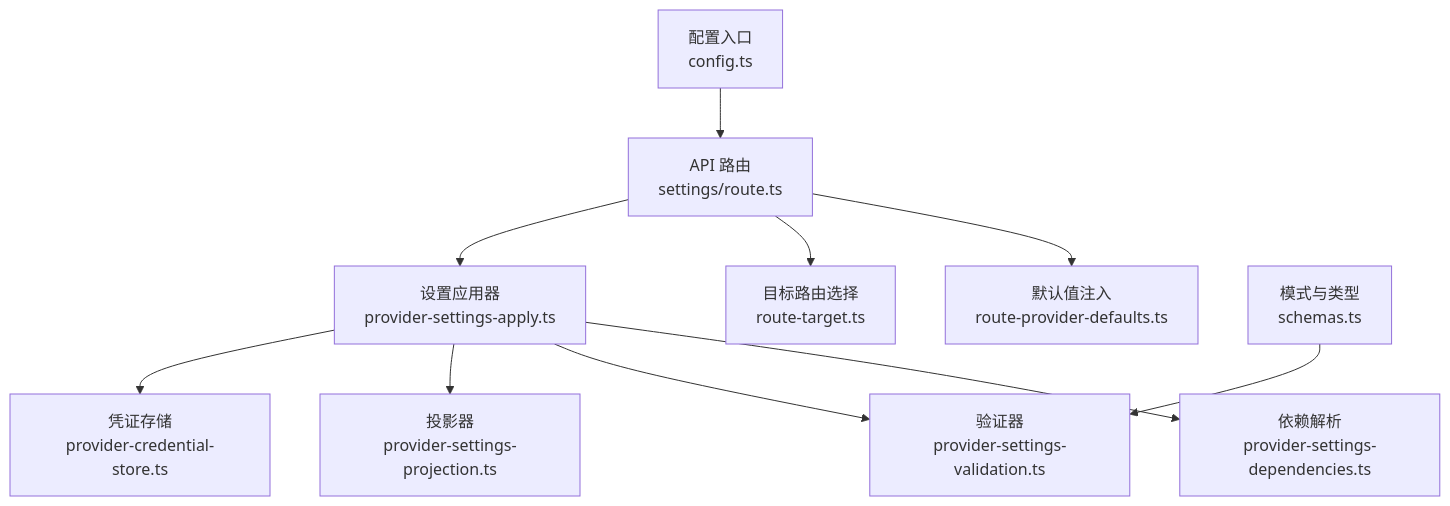
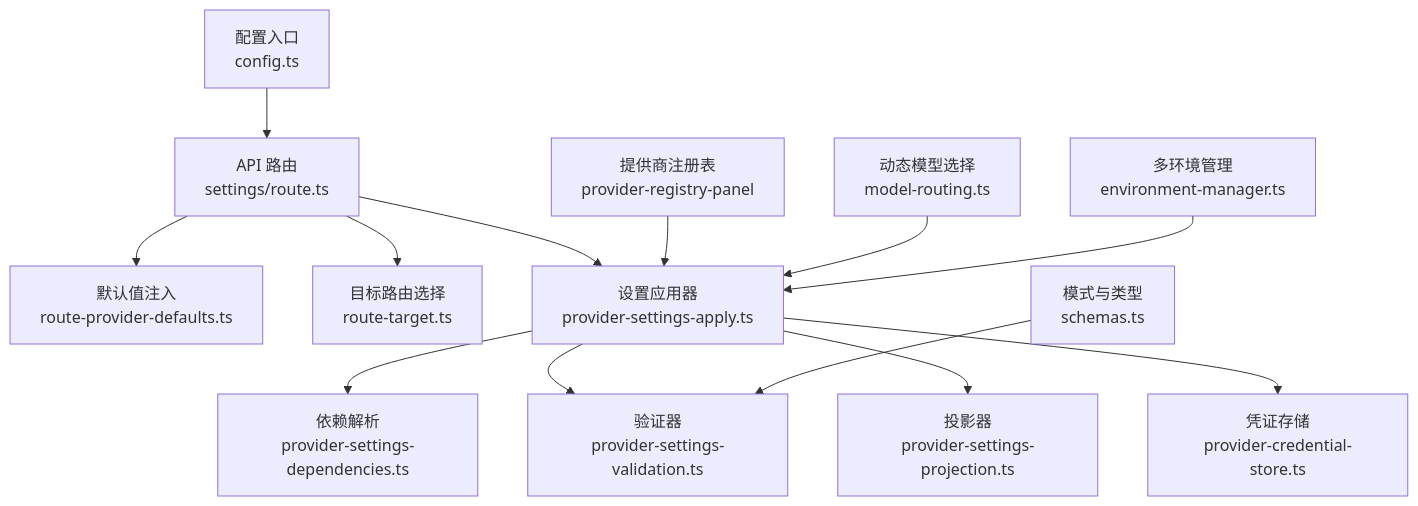
The first of 3 diagrams in .qoder/repowiki/zh/content/AI系统集成/提供商设置管理.md (scottcwy/PurpleInk), drawn with Mermaid before and after one commit. The commit also changed other lines of this file and 109 other files, not shown here.

````diff
--- a/.qoder/repowiki/zh/content/AI系统集成/提供商设置管理.md
+++ b/.qoder/repowiki/zh/content/AI系统集成/提供商设置管理.md
@@ -43,12 +54,15 @@
 ```mermaid
 graph TB
 A["API 路由<br/>settings/route.ts"] --> B["默认值注入<br/>route-provider-defaults.ts"]
 A --> C["目标路由选择<br/>route-target.ts"]
 A --> D["设置应用器<br/>provider-settings-apply.ts"]
 D --> E["依赖解析<br/>provider-settings-dependencies.ts"]
 D --> F["验证器<br/>provider-settings-validation.ts"]
 D --> G["投影器<br/>provider-settings-projection.ts"]
 D --> H["凭证存储<br/>provider-credential-store.ts"]
 I["模式与类型<br/>schemas.ts"] --> F
 J["配置入口<br/>config.ts"] --> A
+K["提供商注册表<br/>provider-registry-panel"] --> D
+L["动态模型选择<br/>model-routing.ts"] --> D
+M["多环境管理<br/>environment-manager.ts"] --> D
 ```
````
